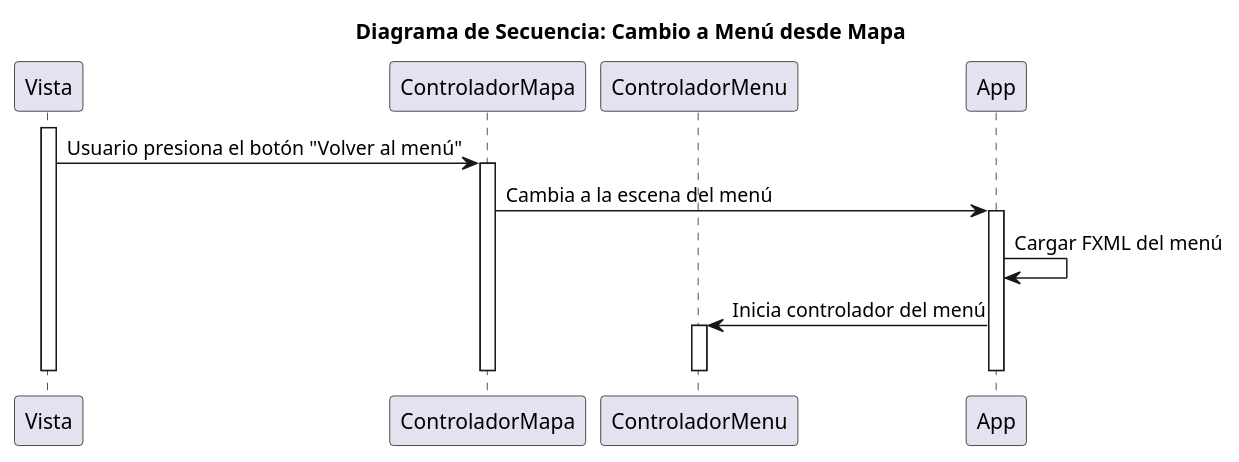
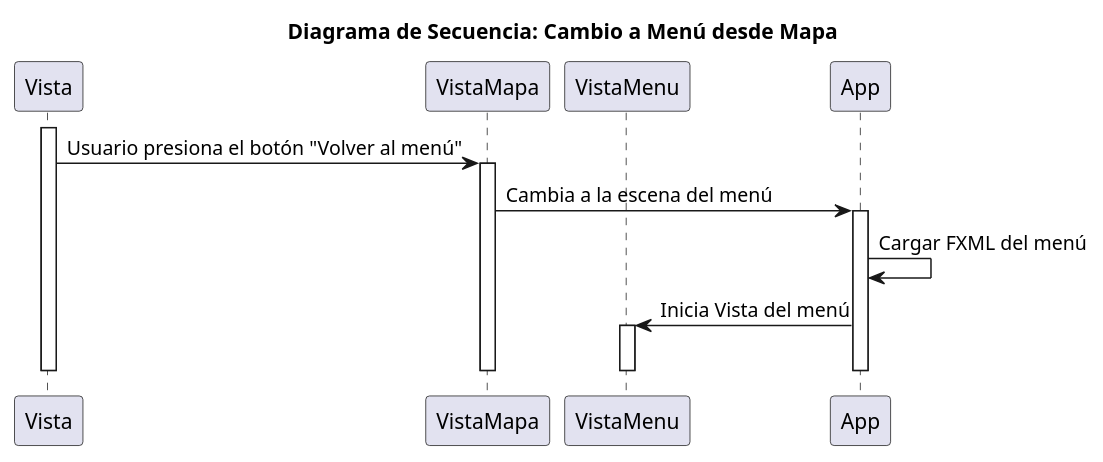
The diagram in doc/diagrama de secuencia mapa a menu.puml (FelipeAscencio/TP1_ParadigmasDeLaProgramacion), drawn with PlantUML before and after one commit. The commit also changed 9 other files, not shown here.

```diff
--- a/doc/diagrama de secuencia mapa a menu.puml
+++ b/doc/diagrama de secuencia mapa a menu.puml
@@ -1,23 +1,23 @@
 @startuml
 
 title Diagrama de Secuencia: Cambio a Menú desde Mapa
 
 participant Vista
-participant ControladorMapa
-participant ControladorMenu
+participant VistaMapa
+participant VistaMenu
 participant App
 
 activate Vista
-Vista -> ControladorMapa: Usuario presiona el botón "Volver al menú"
-activate ControladorMapa
-ControladorMapa -> App: Cambia a la escena del menú
+Vista -> VistaMapa: Usuario presiona el botón "Volver al menú"
+activate VistaMapa
+VistaMapa -> App: Cambia a la escena del menú
 activate App
 App -> App: Cargar FXML del menú
-App -> ControladorMenu: Inicia controlador del menú
-activate ControladorMenu
+App -> VistaMenu: Inicia Vista del menú
+activate VistaMenu
 deactivate App
-deactivate ControladorMenu
-deactivate ControladorMapa
+deactivate VistaMenu
+deactivate VistaMapa
 deactivate Vista
 
 @enduml
```
